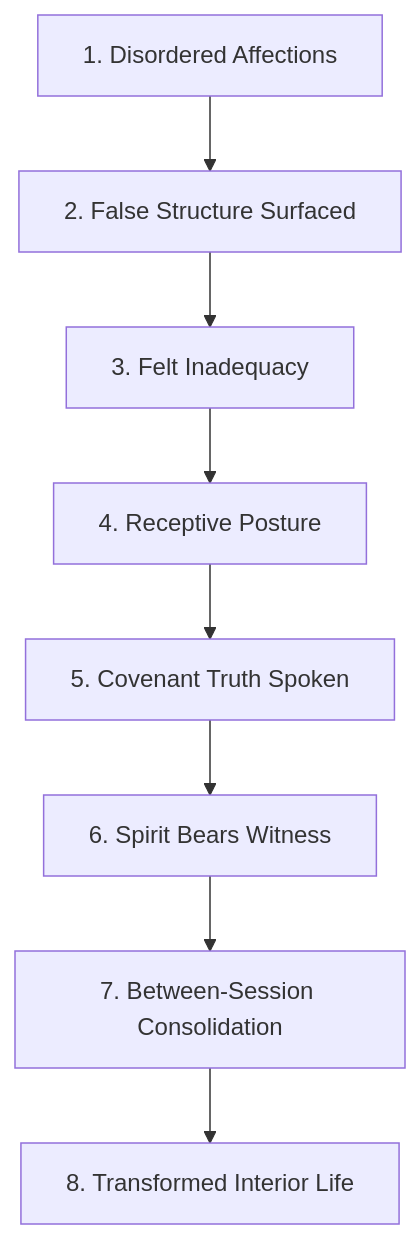
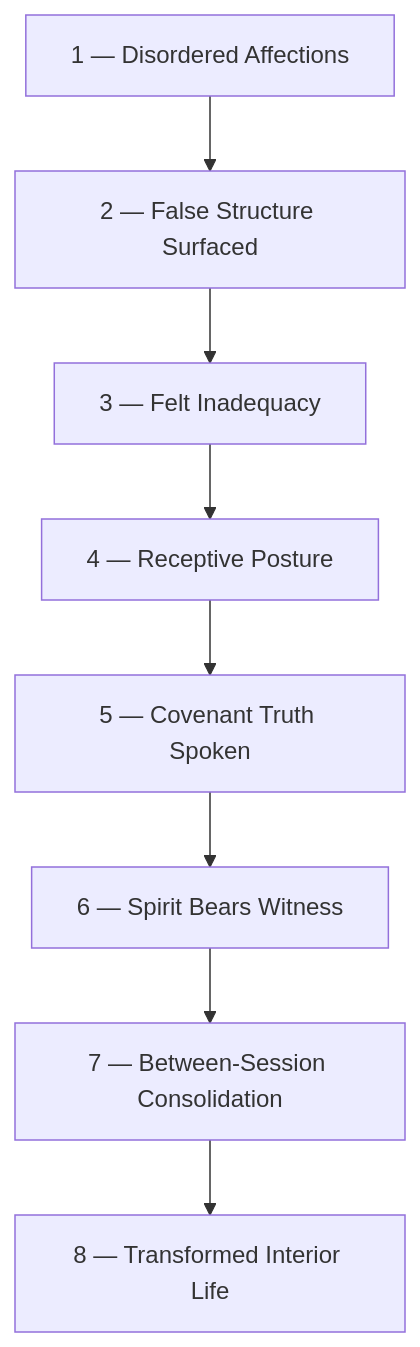
One commit to andrewhouser999-hue/Disciple-Fit-Vault changed the third of 5 diagrams in Coaching/Disciple Fit Covenant Identity Coaching Prep/01 — Model Foundation/Covenant Identity Coaching — Peer Practitioner Briefing.md. Above: the diagram before and after it, drawn with Mermaid. The commit also changed other lines of this file and 1 other file, not shown here.

````diff
--- a/Coaching/Disciple Fit Covenant Identity Coaching Prep/01 — Model Foundation/Covenant Identity Coaching — Peer Practitioner Briefing.md
+++ b/Coaching/Disciple Fit Covenant Identity Coaching Prep/01 — Model Foundation/Covenant Identity Coaching — Peer Practitioner Briefing.md
@@ -167,10 +167,10 @@
 ```mermaid
 flowchart TD
-    N1["1. Disordered Affections"] --> N2["2. False Structure Surfaced"]
-    N2 --> N3["3. Felt Inadequacy"]
-    N3 --> N4["4. Receptive Posture"]
-    N4 --> N5["5. Covenant Truth Spoken"]
-    N5 --> N6["6. Spirit Bears Witness"]
-    N6 --> N7["7. Between-Session Consolidation"]
-    N7 --> N8["8. Transformed Interior Life"]
+    N1["1 — Disordered Affections"] --> N2["2 — False Structure Surfaced"]
+    N2 --> N3["3 — Felt Inadequacy"]
+    N3 --> N4["4 — Receptive Posture"]
+    N4 --> N5["5 — Covenant Truth Spoken"]
+    N5 --> N6["6 — Spirit Bears Witness"]
+    N6 --> N7["7 — Between-Session Consolidation"]
+    N7 --> N8["8 — Transformed Interior Life"]
 ```
````
